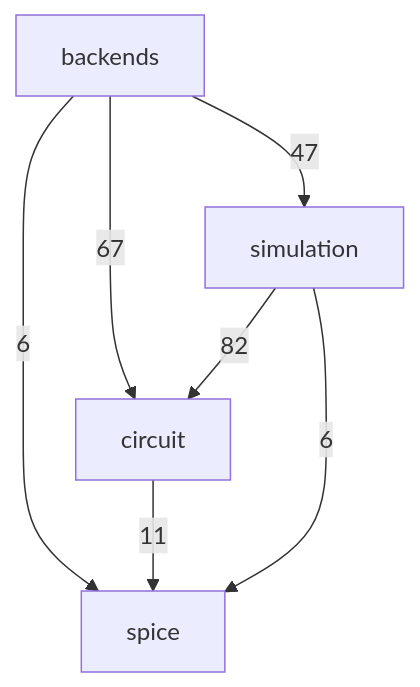
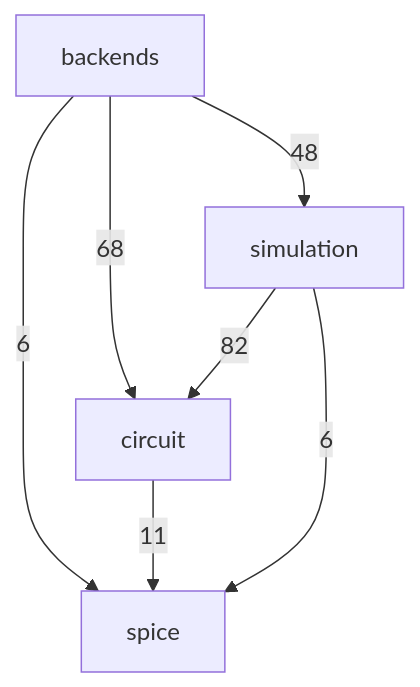
The second of 3 diagrams in docs/architecture.md (ronnymilleo/imcsim), drawn with Mermaid before and after one commit.

Commit message:
Update the include diagram for the shared ngspice readers

````diff
--- a/docs/architecture.md
+++ b/docs/architecture.md
@@ -33,13 +33,13 @@
 ```mermaid
 flowchart TD
     app_core_spice[spice]
     app_core_circuit[circuit]
     app_core_simulation[simulation]
     app_core_backends[backends]
-    app_core_backends -->|67| app_core_circuit
-    app_core_backends -->|47| app_core_simulation
+    app_core_backends -->|68| app_core_circuit
+    app_core_backends -->|48| app_core_simulation
     app_core_backends -->|6| app_core_spice
     app_core_circuit -->|11| app_core_spice
     app_core_simulation -->|82| app_core_circuit
     app_core_simulation -->|6| app_core_spice
 ```
````
